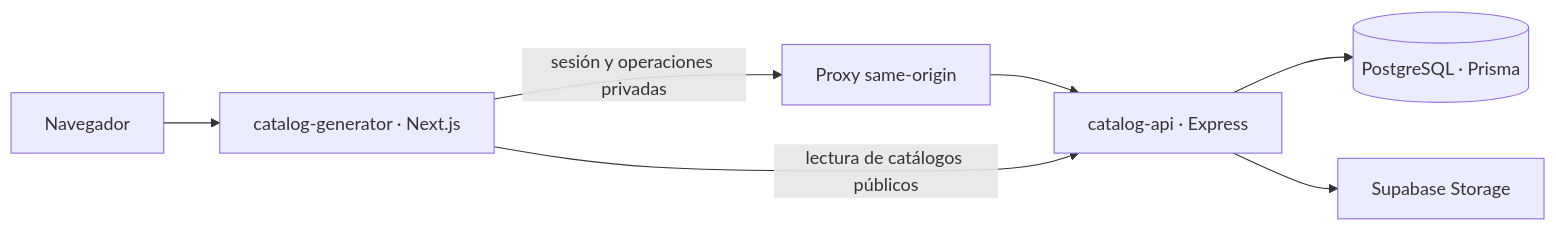
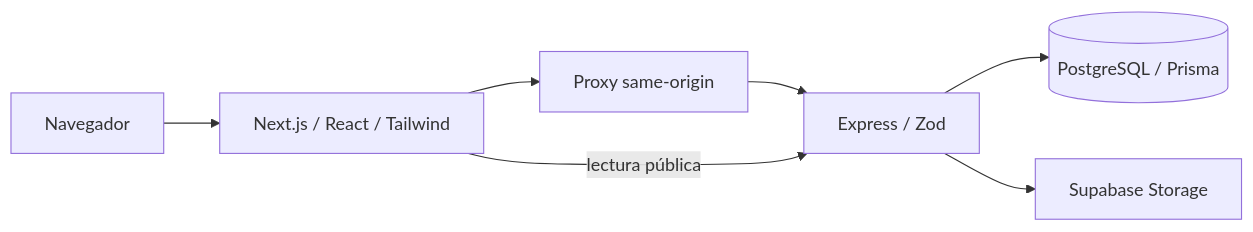
The diagram in README.md (DSerranoG24/catalogo), drawn with Mermaid before and after one commit. The commit also changed other lines of this file and 22 other files, not shown here.

````diff
--- a/README.md
+++ b/README.md
@@ -7,9 +13,9 @@
 ```mermaid
 flowchart LR
-  Browser[ Navegador ] --> Web[ catalog-generator · Next.js ]
-  Web -->|sesión y operaciones privadas| Proxy[Proxy same-origin]
-  Proxy --> API[catalog-api · Express]
-  Web -->|lectura de catálogos públicos| API
-  API --> DB[(PostgreSQL · Prisma)]
-  API --> Storage[Supabase Storage]
+  B[Navegador] --> F[Next.js / React / Tailwind]
+  F --> P[Proxy same-origin]
+  P --> A[Express / Zod]
+  F -->|lectura pública| A
+  A --> D[(PostgreSQL / Prisma)]
+  A --> S[Supabase Storage]
 ```
````
